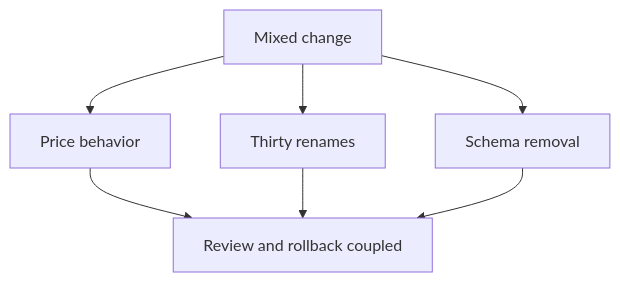
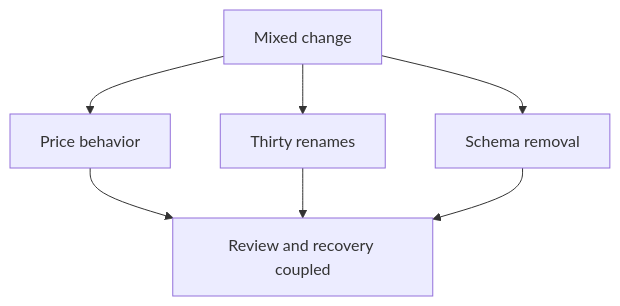
One commit to Soulful-Iris/junior-to-staff changed the first of 3 diagrams in curriculum/01-code/01-problem-solving/change-loop.md. Above: the diagram before and after it, drawn with Mermaid. The commit also changed other lines of this file and 1 other file, not shown here.

First line of the commit message:
docs(chapter-01): teach evidence-based review without false absolutes

````diff
--- a/curriculum/01-code/01-problem-solving/change-loop.md
+++ b/curriculum/01-code/01-problem-solving/change-loop.md
@@ -25,9 +17,9 @@
 ```mermaid
 flowchart TD
   Change[Mixed change] --> Price[Price behavior]
   Change --> Rename[Thirty renames]
   Change --> Schema[Schema removal]
-  Price --> Review[Review and rollback coupled]
+  Price --> Review[Review and recovery coupled]
   Rename --> Review
   Schema --> Review
 ```
````
